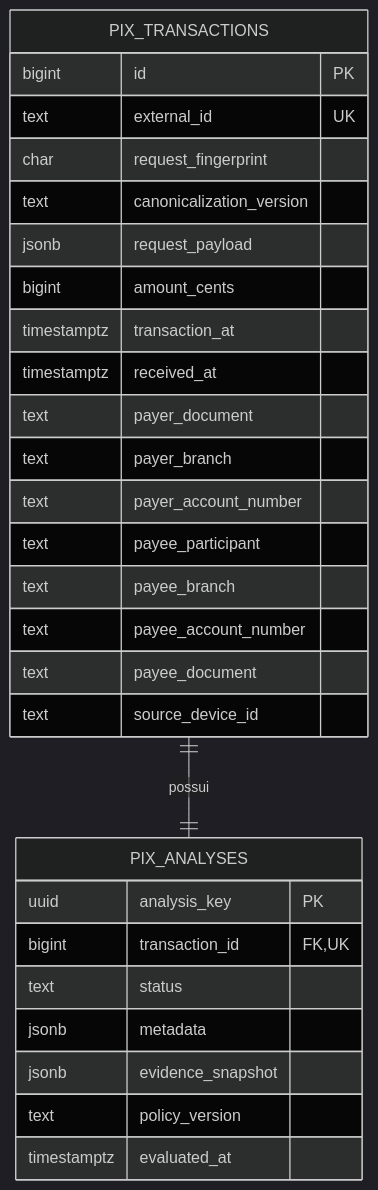
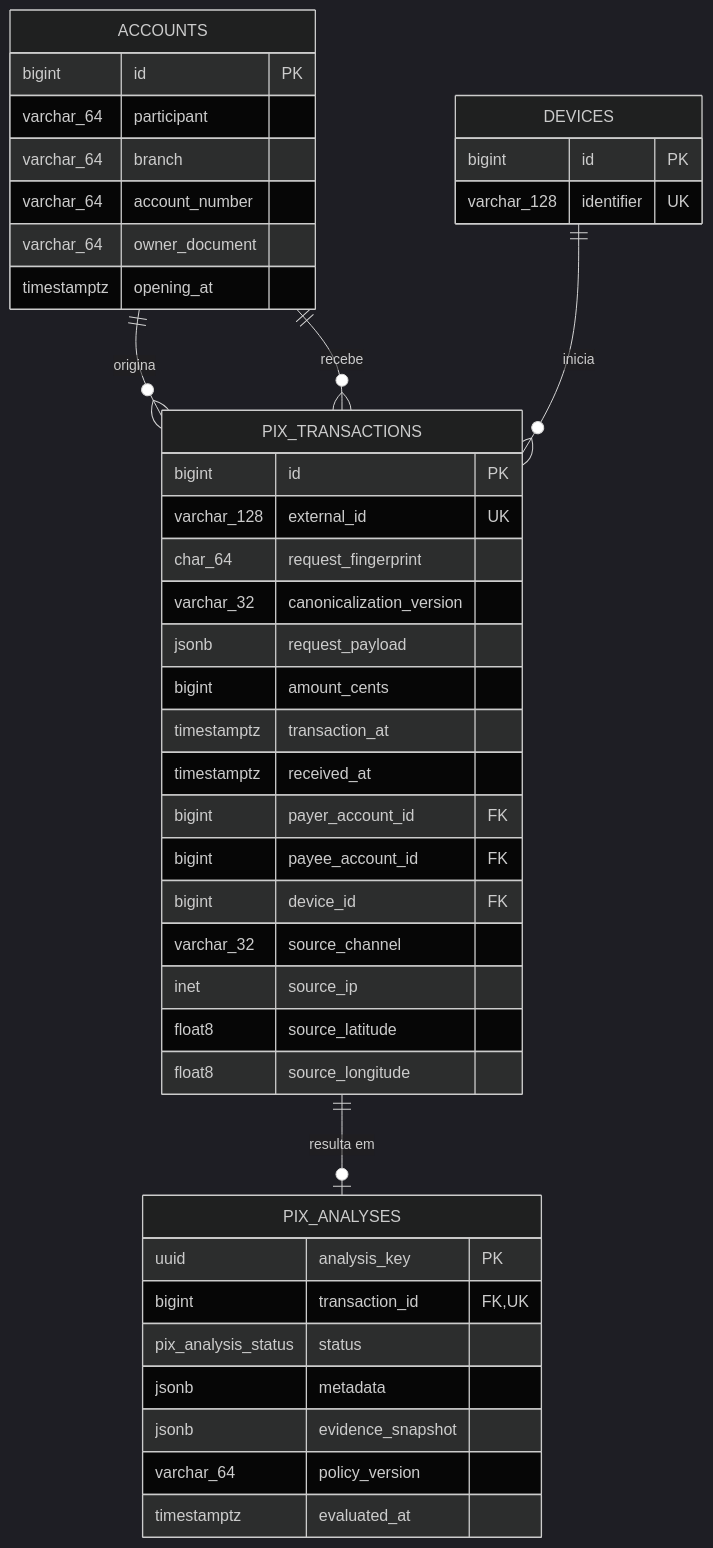
The diagram in docs/PIX_SENTINEL_ERD_v1.md (mohamad347/pix-sentinel-risk-engine), drawn with Mermaid (dark theme) before and after one commit. The commit also changed other lines of this file and 37 other files, not shown here.

````diff
--- a/docs/PIX_SENTINEL_ERD_v1.md
+++ b/docs/PIX_SENTINEL_ERD_v1.md
@@ -12,33 +13,49 @@
 ```mermaid
 erDiagram
-    PIX_TRANSACTIONS ||--|| PIX_ANALYSES : "possui"
+    ACCOUNTS ||--o{ PIX_TRANSACTIONS : "origina"
+    ACCOUNTS ||--o{ PIX_TRANSACTIONS : "recebe"
+    DEVICES ||--o{ PIX_TRANSACTIONS : "inicia"
+    PIX_TRANSACTIONS ||--o| PIX_ANALYSES : "resulta em"
+
+    ACCOUNTS {
+        bigint id PK
+        varchar_64 participant
+        varchar_64 branch
+        varchar_64 account_number
+        varchar_64 owner_document
+        timestamptz opening_at
+    }
+
+    DEVICES {
+        bigint id PK
+        varchar_128 identifier UK
+    }
 
     PIX_TRANSACTIONS {
         bigint id PK
-        text external_id UK
-        char request_fingerprint
-        text canonicalization_version
+        varchar_128 external_id UK
+        char_64 request_fingerprint
+        varchar_32 canonicalization_version
         jsonb request_payload
         bigint amount_cents
         timestamptz transaction_at
         timestamptz received_at
-        text payer_document
-        text payer_branch
-        text payer_account_number
-        text payee_participant
-        text payee_branch
-        text payee_account_number
-        text payee_document
-        text source_device_id
+        bigint payer_account_id FK
+        bigint payee_account_id FK
+        bigint device_id FK
+        varchar_32 source_channel
+        inet source_ip
+        float8 source_latitude
+        float8 source_longitude
     }
 
     PIX_ANALYSES {
         uuid analysis_key PK
         bigint transaction_id FK,UK
-        text status
+        pix_analysis_status status
         jsonb metadata
         jsonb evidence_snapshot
-        text policy_version
+        varchar_64 policy_version
         timestamptz evaluated_at
     }
 ```
````
